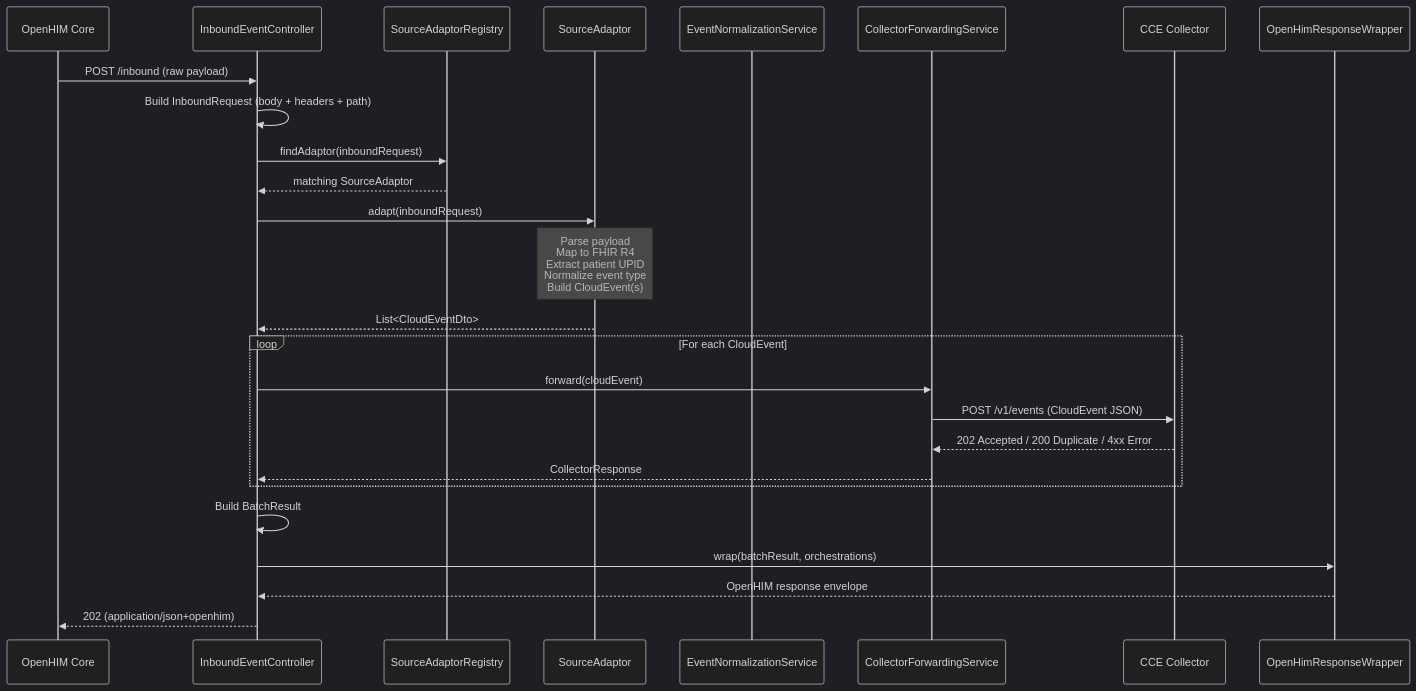
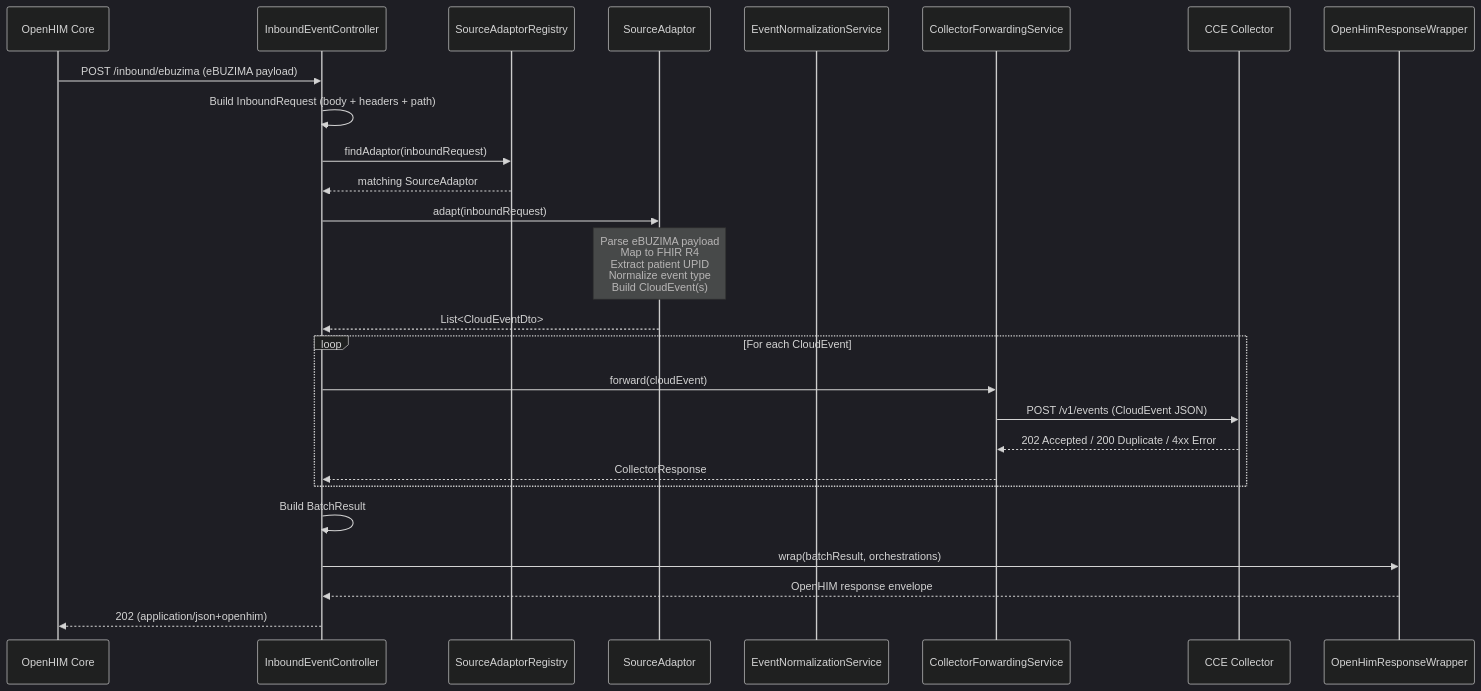
Before and after one commit to Jayaprakash8887/openhim-cce-emitter-adaptor: the first of 4 diagrams in docs/high-level-design.md, drawn with Mermaid (dark theme). The commit also changed other lines of this file and 7 other files, not shown here.

````diff
--- a/docs/high-level-design.md
+++ b/docs/high-level-design.md
@@ -58,33 +56,33 @@
 ```mermaid
 sequenceDiagram
     participant OHC as OpenHIM Core
     participant Ctrl as InboundEventController
     participant Reg as SourceAdaptorRegistry
     participant SA as SourceAdaptor
     participant Norm as EventNormalizationService
     participant Fwd as CollectorForwardingService
     participant Col as CCE Collector
     participant Wrap as OpenHimResponseWrapper
 
-    OHC->>Ctrl: POST /inbound (raw payload)
+    OHC->>Ctrl: POST /inbound/ebuzima (eBUZIMA payload)
 
     Ctrl->>Ctrl: Build InboundRequest (body + headers + path)
     Ctrl->>Reg: findAdaptor(inboundRequest)
     Reg-->>Ctrl: matching SourceAdaptor
 
     Ctrl->>SA: adapt(inboundRequest)
-    Note over SA: Parse payload<br/>Map to FHIR R4<br/>Extract patient UPID<br/>Normalize event type<br/>Build CloudEvent(s)
+    Note over SA: Parse eBUZIMA payload<br/>Map to FHIR R4<br/>Extract patient UPID<br/>Normalize event type<br/>Build CloudEvent(s)
     SA-->>Ctrl: List<CloudEventDto>
 
     loop For each CloudEvent
         Ctrl->>Fwd: forward(cloudEvent)
         Fwd->>Col: POST /v1/events (CloudEvent JSON)
         Col-->>Fwd: 202 Accepted / 200 Duplicate / 4xx Error
         Fwd-->>Ctrl: CollectorResponse
     end
 
     Ctrl->>Ctrl: Build BatchResult
     Ctrl->>Wrap: wrap(batchResult, orchestrations)
     Wrap-->>Ctrl: OpenHIM response envelope
     Ctrl-->>OHC: 202 (application/json+openhim)
 ```
````
